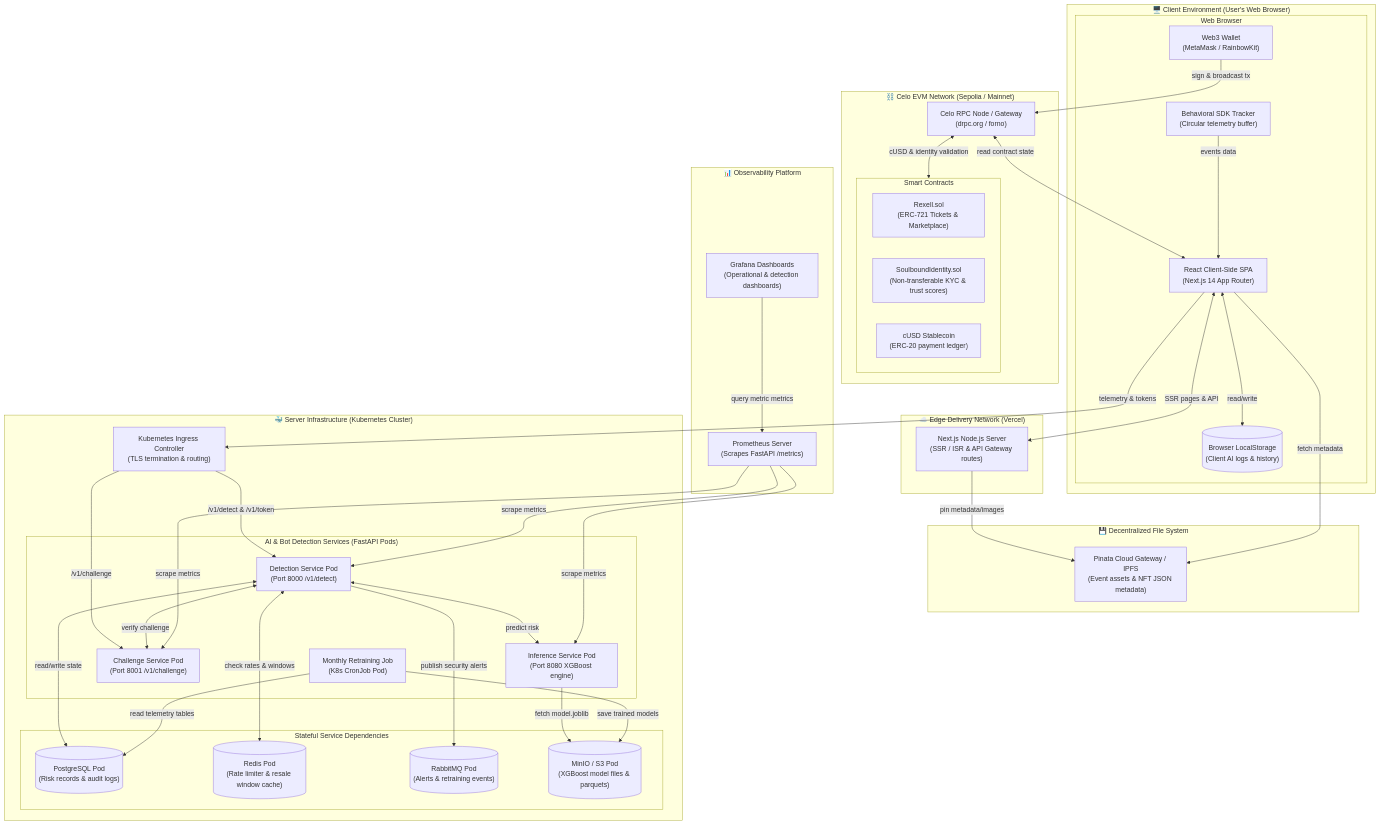
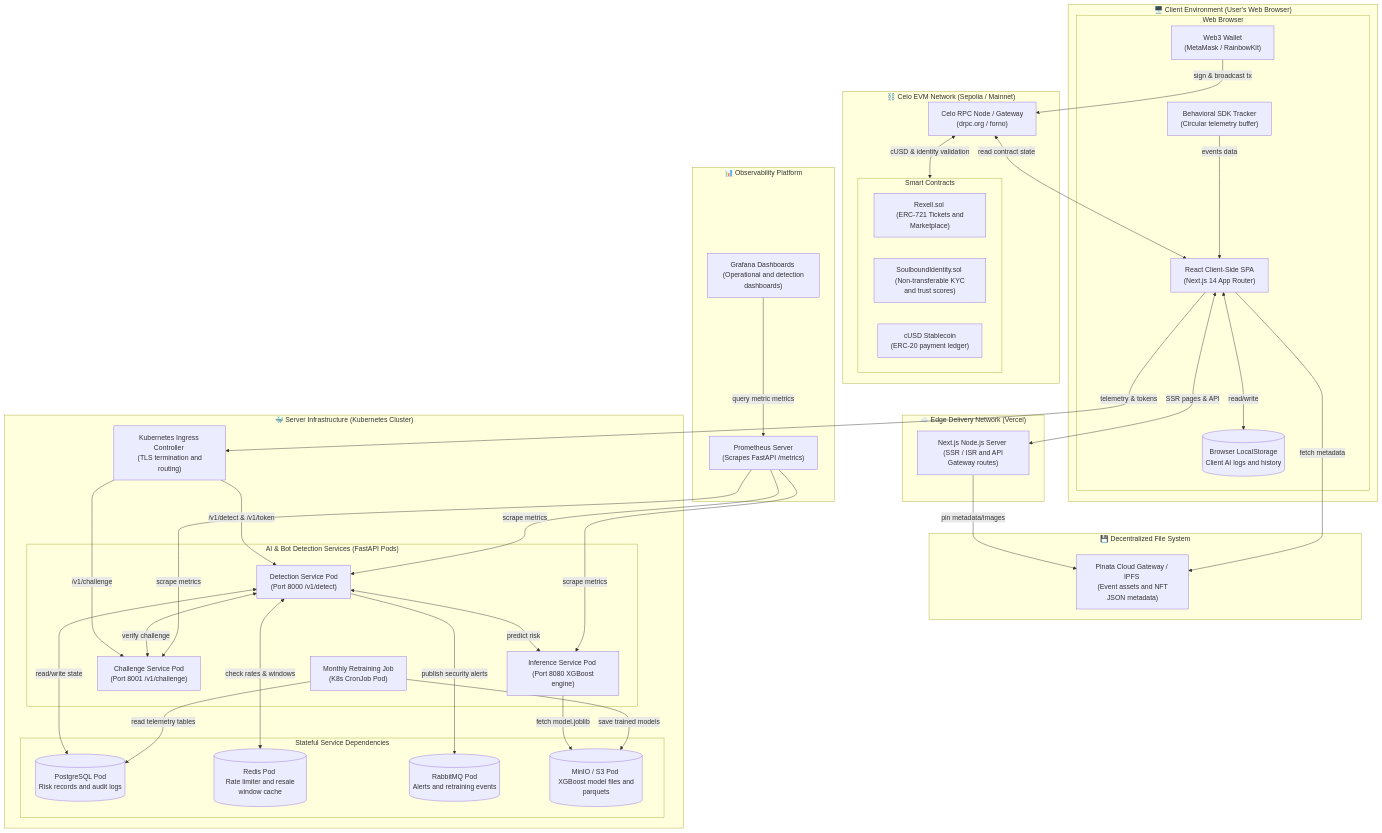
One commit to Sayyed23/Rexell changed the first of 4 diagrams in SYSTEM_DIAGRAMS.md. Above: the diagram before and after it, drawn with Mermaid. The commit also changed other lines of this file, not shown here.

Commit message:
chore: update documentation grammar and formatting in SYSTEM_DIAGRAMS.md

```diff
--- a/SYSTEM_DIAGRAMS.md
+++ b/SYSTEM_DIAGRAMS.md
@@ -12,52 +12,52 @@
 flowchart TB
     subgraph ClientSpace["🖥️ Client Environment (User's Web Browser)"]
         subgraph Browser["Web Browser"]
-            FE_Code["React Client-Side SPA\n(Next.js 14 App Router)"]
-            SDK["Behavioral SDK Tracker\n(Circular telemetry buffer)"]
-            Wallet["Web3 Wallet\n(MetaMask / RainbowKit)"]
-            Local_Store[("Browser LocalStorage\n(Client AI logs & history)")]
+            FE_Code["React Client-Side SPA <br/> (Next.js 14 App Router)"]
+            SDK["Behavioral SDK Tracker <br/> (Circular telemetry buffer)"]
+            Wallet["Web3 Wallet <br/> (MetaMask / RainbowKit)"]
+            Local_Store[(Browser LocalStorage <br/> Client AI logs and history)]
         end
     end
 
     subgraph CDN["☁️ Edge Delivery Network (Vercel)"]
-        Next_Server["Next.js Node.js Server\n(SSR / ISR & API Gateway routes)"]
+        Next_Server["Next.js Node.js Server <br/> (SSR / ISR and API Gateway routes)"]
     end
 
     subgraph IPFS["💾 Decentralized File System"]
-        Pinata["Pinata Cloud Gateway / IPFS\n(Event assets & NFT JSON metadata)"]
+        Pinata["Pinata Cloud Gateway / IPFS <br/> (Event assets and NFT JSON metadata)"]
     end
 
     subgraph BlockchainNetwork["⛓️ Celo EVM Network (Sepolia / Mainnet)"]
-        RPC_Node["Celo RPC Node / Gateway\n(drpc.org / forno)"]
+        RPC_Node["Celo RPC Node / Gateway <br/> (drpc.org / forno)"]
         
         subgraph Contracts["Smart Contracts"]
-            Rexell_Contract["Rexell.sol\n(ERC-721 Tickets & Marketplace)"]
-            SIdentity_Contract["SoulboundIdentity.sol\n(Non-transferable KYC & trust scores)"]
-            cUSD_Contract["cUSD Stablecoin\n(ERC-20 payment ledger)"]
+            Rexell_Contract["Rexell.sol <br/> (ERC-721 Tickets and Marketplace)"]
+            SIdentity_Contract["SoulboundIdentity.sol <br/> (Non-transferable KYC and trust scores)"]
+            cUSD_Contract["cUSD Stablecoin <br/> (ERC-20 payment ledger)"]
         end
     end
 
     subgraph ServerSpace["🐳 Server Infrastructure (Kubernetes Cluster)"]
-        Ingress["Kubernetes Ingress Controller\n(TLS termination & routing)"]
+        Ingress["Kubernetes Ingress Controller <br/> (TLS termination and routing)"]
 
         subgraph AISM["AI & Bot Detection Services (FastAPI Pods)"]
-            Det_Service["Detection Service Pod\n(Port 8000 /v1/detect)"]
-            Inf_Service["Inference Service Pod\n(Port 8080 XGBoost engine)"]
-            Chal_Service["Challenge Service Pod\n(Port 8001 /v1/challenge)"]
-            Train_Job["Monthly Retraining Job\n(K8s CronJob Pod)"]
+            Det_Service["Detection Service Pod <br/> (Port 8000 /v1/detect)"]
+            Inf_Service["Inference Service Pod <br/> (Port 8080 XGBoost engine)"]
+            Chal_Service["Challenge Service Pod <br/> (Port 8001 /v1/challenge)"]
+            Train_Job["Monthly Retraining Job <br/> (K8s CronJob Pod)"]
         end
 
         subgraph StatefulDeps["Stateful Service Dependencies"]
-            Postgres[("PostgreSQL Pod\n(Risk records & audit logs)")]
-            Redis[("Redis Pod\n(Rate limiter & resale window cache)")]
-            RabbitMQ[("RabbitMQ Pod\n(Alerts & retraining events)")]
-            MinIO[("MinIO / S3 Pod\n(XGBoost model files & parquets)")]
+            Postgres[(PostgreSQL Pod <br/> Risk records and audit logs)]
+            Redis[(Redis Pod <br/> Rate limiter and resale window cache)]
+            RabbitMQ[(RabbitMQ Pod <br/> Alerts and retraining events)]
+            MinIO[(MinIO / S3 Pod <br/> XGBoost model files and parquets)]
         end
     end
 
     subgraph Monitoring["📊 Observability Platform"]
-        Prometheus["Prometheus Server\n(Scrapes FastAPI /metrics)"]
-        Grafana["Grafana Dashboards\n(Operational & detection dashboards)"]
+        Prometheus["Prometheus Server <br/> (Scrapes FastAPI /metrics)"]
+        Grafana["Grafana Dashboards <br/> (Operational and detection dashboards)"]
     end
 
     %% Client Interactions
```
